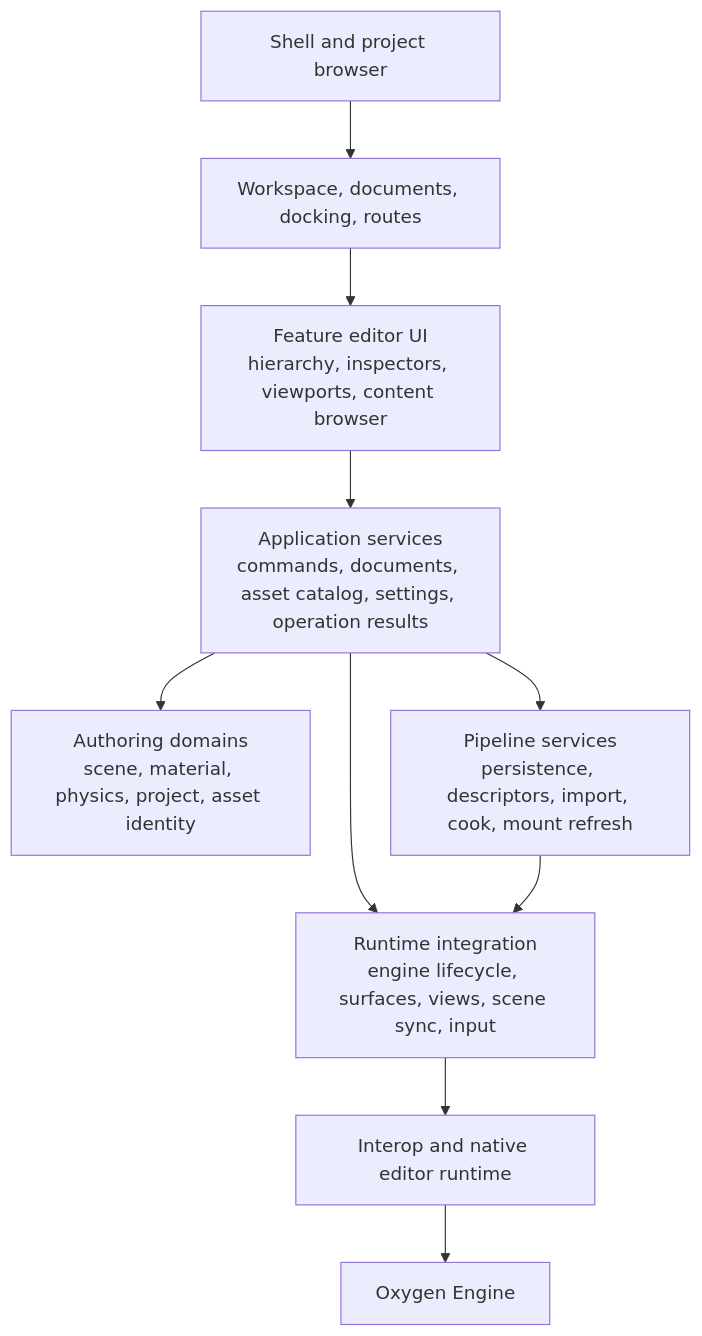
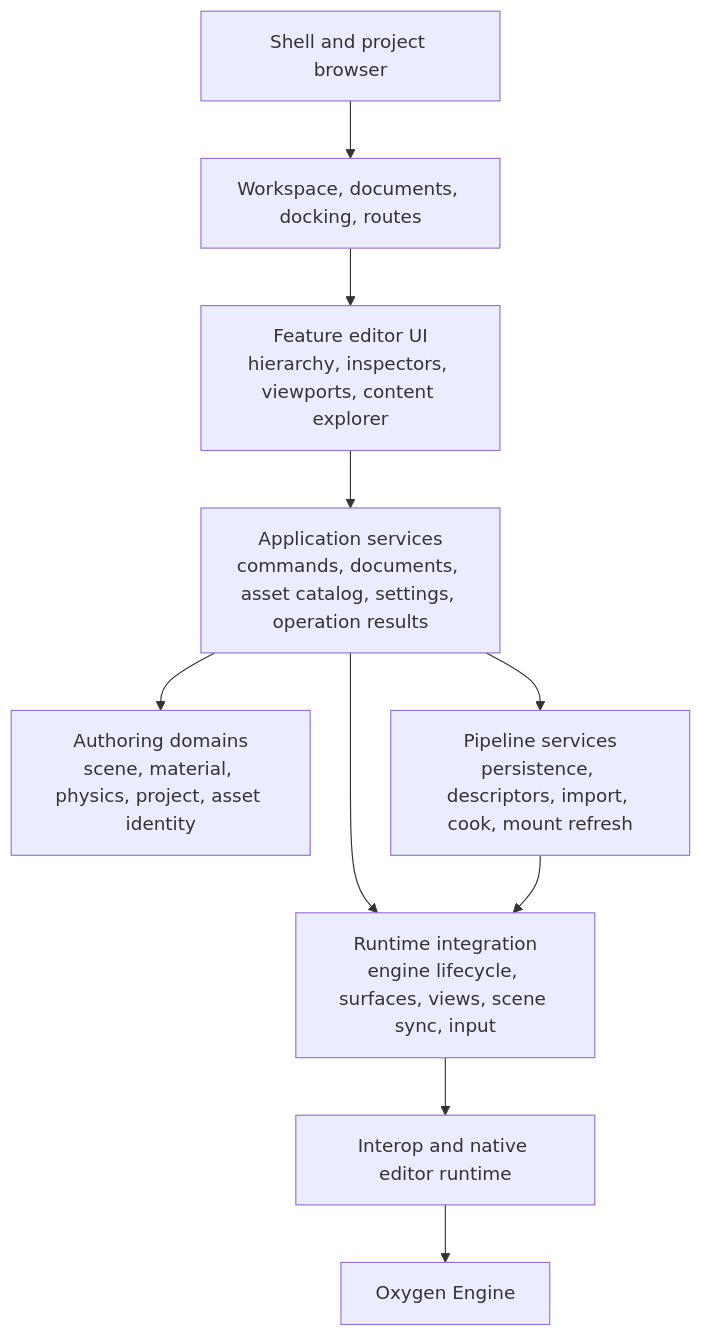
The second of 10 diagrams in design/editor/ARCHITECTURE.md (abdes/DroidNet), drawn with Mermaid before and after one commit. The commit also changed other lines of this file and 335 other files, not shown here.

````diff
--- a/design/editor/ARCHITECTURE.md
+++ b/design/editor/ARCHITECTURE.md
@@ -353,22 +353,22 @@
 ```mermaid
 flowchart TB
     Shell[Shell and project browser]
     Workspace[Workspace, documents, docking, routes]
-    FeatureUI[Feature editor UI<br/>hierarchy, inspectors, viewports, content browser]
+    FeatureUI[Feature editor UI<br/>hierarchy, inspectors, viewports, content explorer]
     AppServices[Application services<br/>commands, documents, asset catalog, settings, operation results]
     Domains[Authoring domains<br/>scene, material, physics, project, asset identity]
     Pipeline[Pipeline services<br/>persistence, descriptors, import, cook, mount refresh]
     Runtime[Runtime integration<br/>engine lifecycle, surfaces, views, scene sync, input]
     Interop[Interop and native editor runtime]
     Engine[Oxygen Engine]
 
     Shell --> Workspace
     Workspace --> FeatureUI
     FeatureUI --> AppServices
     AppServices --> Domains
     AppServices --> Pipeline
     AppServices --> Runtime
     Pipeline --> Runtime
     Runtime --> Interop
     Interop --> Engine
 ```
````
